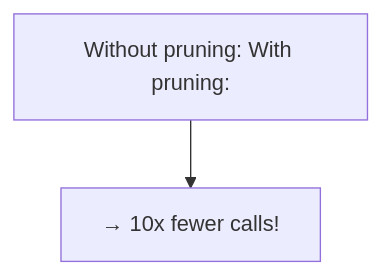
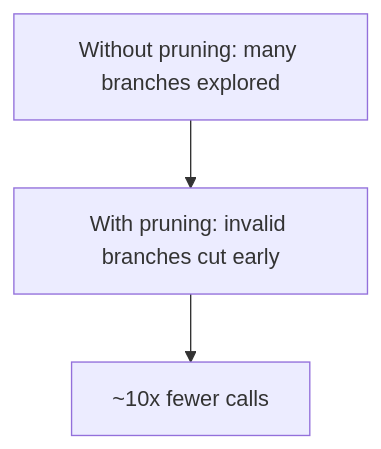
One commit to SaiHarsha502vvit/Daily-Prep changed diagram 11 of 13 in 14_Mental_Models/01_Recursion_Tree_Thinking.md. Above: the diagram before and after it, drawn with Mermaid. The commit also changed other lines of this file and 371 other files, not shown here.

Commit message:
docs: refine flow blocks and readability across prep notes

````diff
--- a/14_Mental_Models/01_Recursion_Tree_Thinking.md
+++ b/14_Mental_Models/01_Recursion_Tree_Thinking.md
@@ -549,6 +533,8 @@
 ```mermaid
 flowchart TD
-    N1["Without pruning: With pruning:"]
-    N2["→ 10x fewer calls!"]
+    N1["Without pruning: many branches explored"]
+    N2["With pruning: invalid branches cut early"]
+    N3["~10x fewer calls"]
     N1 --> N2
+    N2 --> N3
 ```
````
